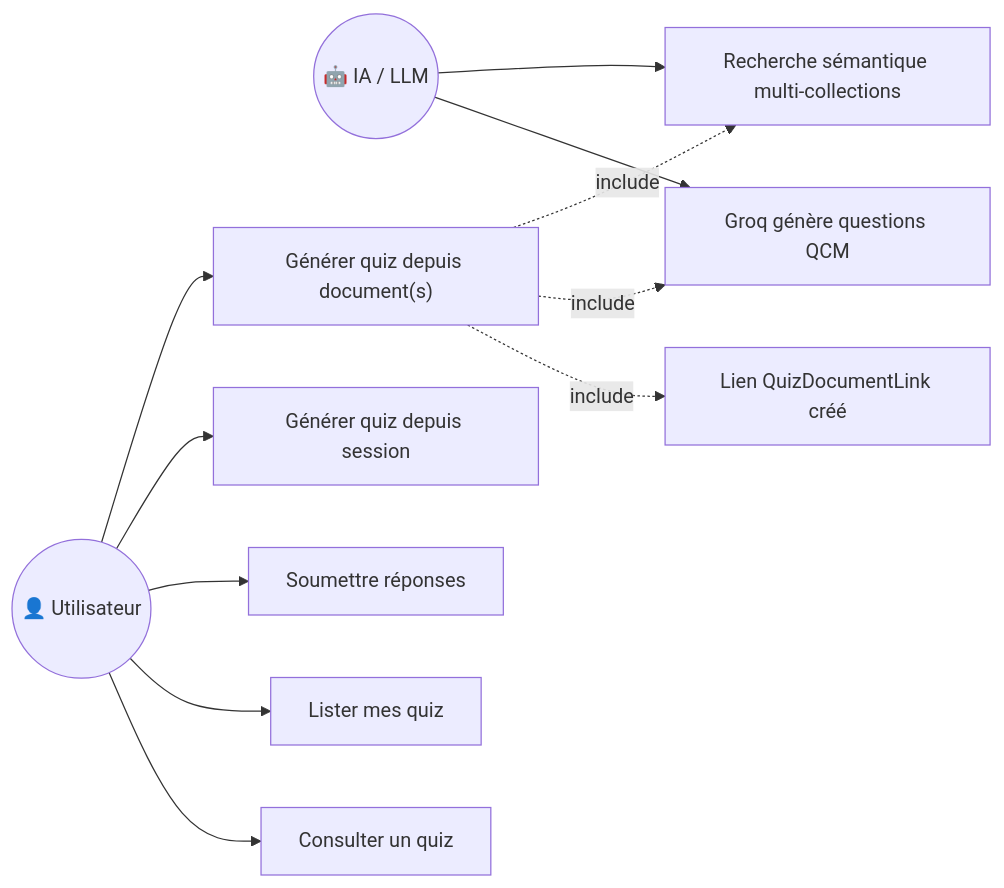
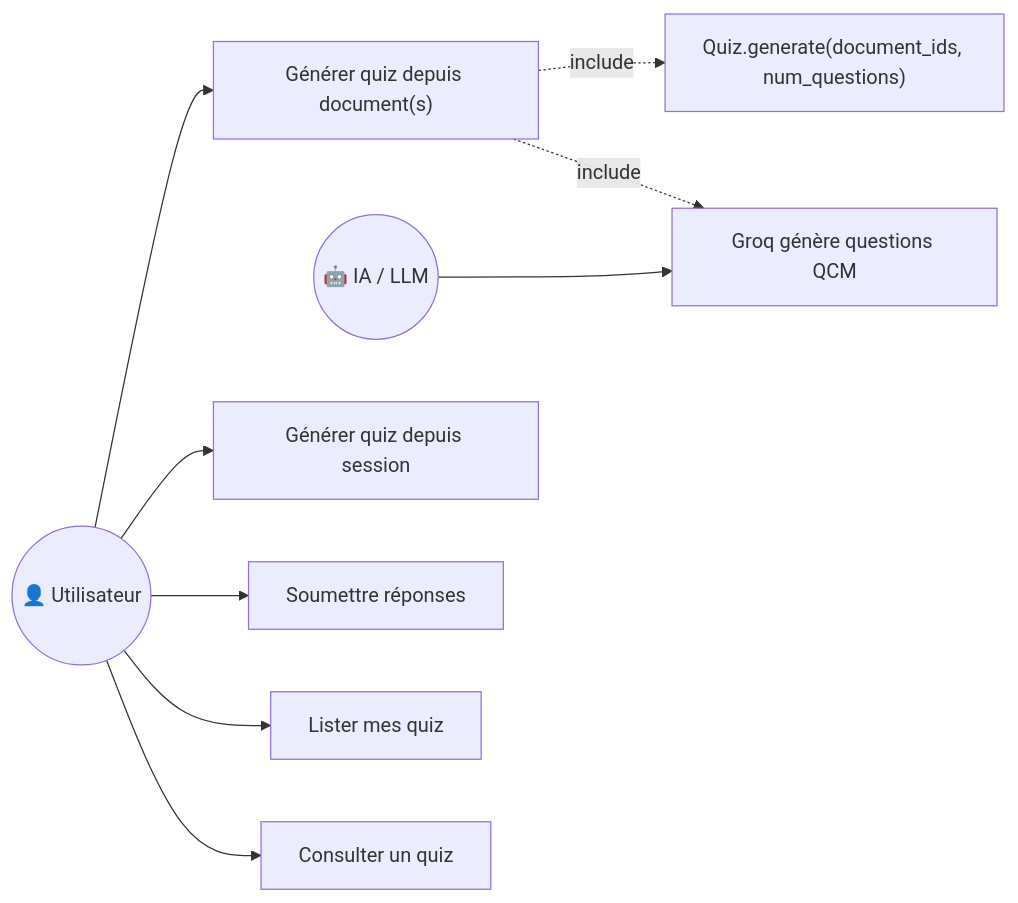
One commit to Jkacem/smart_focus changed the seventh of 10 diagrams in docs/Conception_CasUtilisation.md. Above: the diagram before and after it, drawn with Mermaid. The commit also changed other lines of this file and 31 other files, not shown here.

````diff
--- a/docs/Conception_CasUtilisation.md
+++ b/docs/Conception_CasUtilisation.md
@@ -512,28 +424,25 @@
 ```mermaid
 graph LR
     User(("👤 Utilisateur"))
     IA(("🤖 IA / LLM"))
 
     UC14["Générer quiz depuis document(s)"]
     UC14s["Générer quiz depuis session"]
     UC14sub["Soumettre réponses"]
     UC14l["Lister mes quiz"]
     UC14g["Consulter un quiz"]
 
-    UC14a["Recherche sémantique multi-collections"]
+    UC14a["Quiz.generate(document_ids, num_questions)"]
     UC14b["Groq génère questions QCM"]
-    UC14c["Lien QuizDocumentLink créé"]
 
     User --> UC14
     User --> UC14s
     User --> UC14sub
     User --> UC14l
     User --> UC14g
 
     UC14 -.->|include| UC14a
     UC14 -.->|include| UC14b
-    UC14 -.->|include| UC14c
 
-    IA --> UC14a
     IA --> UC14b
 ```
````
